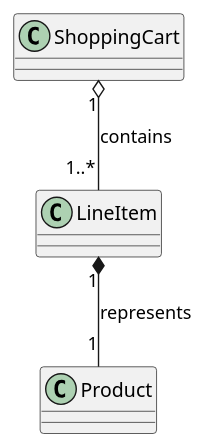
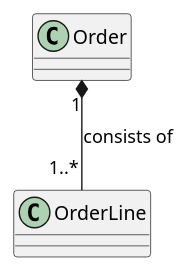
Before and after one commit to andikatjacobdennis/UML: the fourth of 7 diagrams in relationships/UML_Relationships_Tutorial.md, drawn with PlantUML. The commit also changed other lines of this file, not shown here.

````diff
--- a/relationships/UML_Relationships_Tutorial.md
+++ b/relationships/UML_Relationships_Tutorial.md
@@ -102,13 +103,10 @@
 ```plantuml
 @startuml
-class ShoppingCart {
+class Order {
 }
-class LineItem {
-}
-class Product {
+class OrderLine {
 }
 
-ShoppingCart "1" o-- "1..*" LineItem : contains
-LineItem "1" *-- "1" Product : represents
+Order "1" *-- "1..*" OrderLine : consists of
 @enduml
 ```
````
